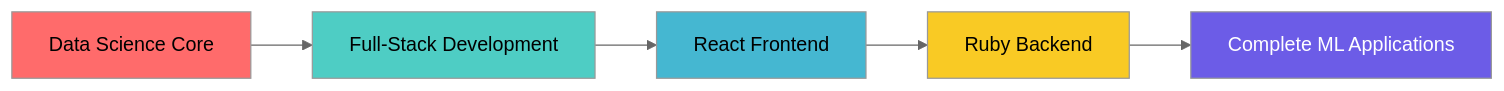
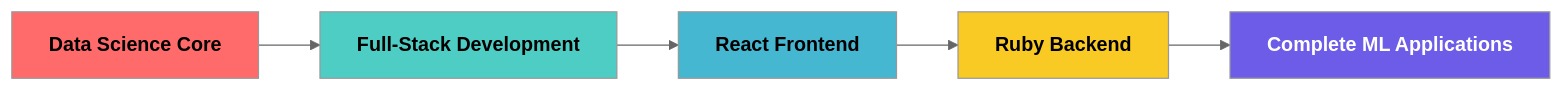
One commit to Neel-Chudasama/Neel-Chudasama changed the diagram in README.md. Above: the diagram before and after it, drawn with Mermaid (neutral theme).

````diff
--- a/README.md
+++ b/README.md
@@ -136,13 +136,13 @@
 ```mermaid
 graph LR
-    A[Data Science Core] --> B[Full-Stack Development]
-    B --> C[React Frontend]
-    C --> D[Ruby Backend]
-    D --> E[Complete ML Applications]
+    A[<b>Data Science Core</b>] --> B[<b>Full-Stack Development</b>]
+    B --> C[<b>React Frontend</b>]
+    C --> D[<b>Ruby Backend</b>]
+    D --> E[<b>Complete ML Applications</b>]
     
     style A fill:#ff6b6b,color:#000000
     style B fill:#4ecdc4,color:#000000
     style C fill:#45b7d1,color:#000000
     style D fill:#f9ca24,color:#000000
     style E fill:#6c5ce7,color:#ffffff
 ```
````
